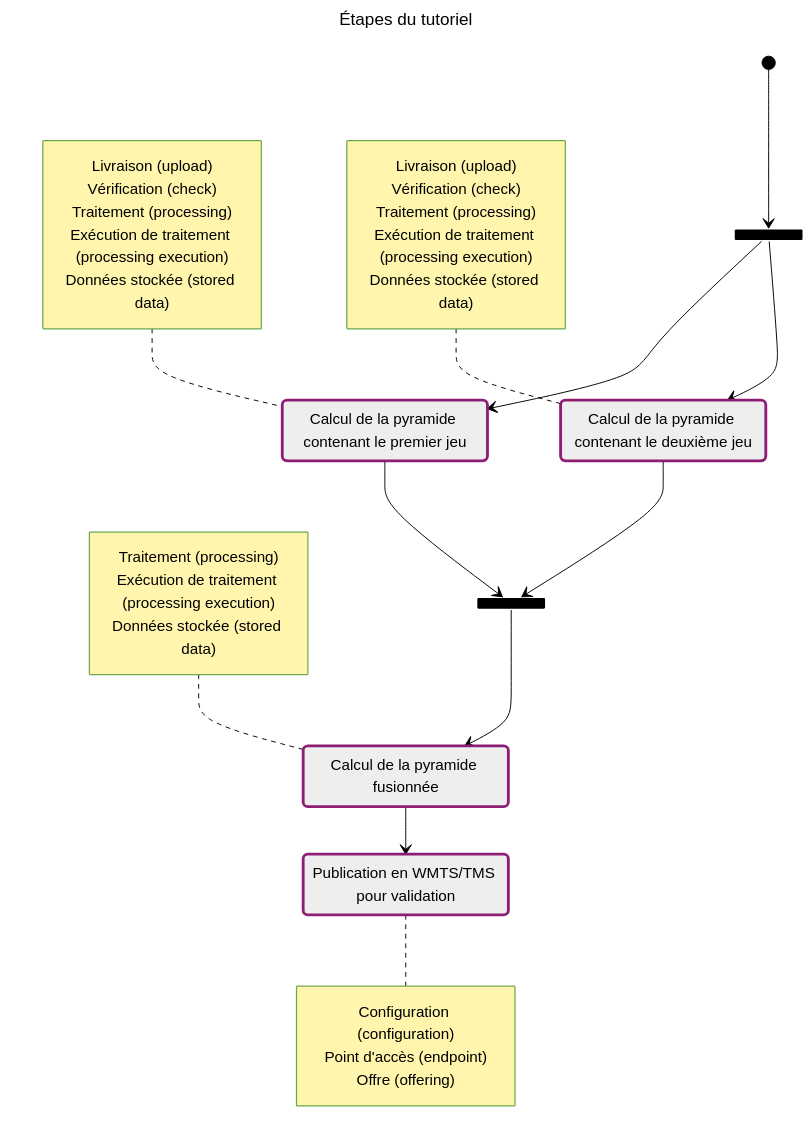
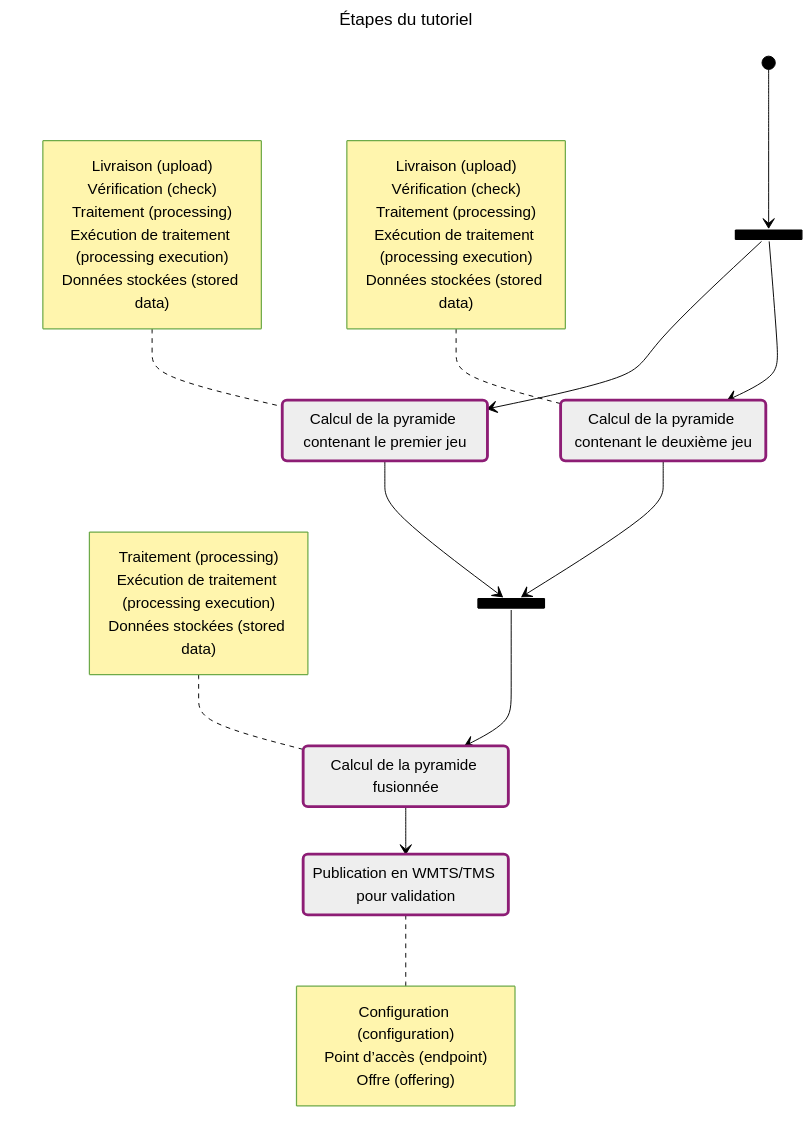
One commit to IGNF/cartes.gouv.fr-documentation changed the diagram in content/fr/guides-developpeur/tutoriels/gestion-des-donnees-raster/alimentation-mise-a-jour-raster/composition.md. Above: the diagram before and after it, drawn with Mermaid (forest theme). The commit also changed other lines of this file and 205 other files, not shown here.

````diff
--- a/content/fr/guides-developpeur/tutoriels/gestion-des-donnees-raster/alimentation-mise-a-jour-raster/composition.md
+++ b/content/fr/guides-developpeur/tutoriels/gestion-des-donnees-raster/alimentation-mise-a-jour-raster/composition.md
@@ -16,53 +16,53 @@
 ```mermaid
 ---
 title: Étapes du tutoriel
 ---
 stateDiagram
 
     LIV1: Calcul de la pyramide contenant le premier jeu
     note left of LIV1
         Livraison (upload)
         Vérification (check)
         Traitement (processing)
         Exécution de traitement (processing execution)
-        Données stockée (stored data)
+        Données stockées (stored data)
     end note
 
     LIV2: Calcul de la pyramide contenant le deuxième jeu
     note left of LIV2
         Livraison (upload)
         Vérification (check)
         Traitement (processing)
         Exécution de traitement (processing execution)
-        Données stockée (stored data)
+        Données stockées (stored data)
     end note
 
     FUS: Calcul de la pyramide fusionnée
     note left of FUS
         Traitement (processing)
         Exécution de traitement (processing execution)
-        Données stockée (stored data)
+        Données stockées (stored data)
     end note
 
     PUB_TILED: Publication en WMTS/TMS pour validation
     note right of PUB_TILED
         Configuration (configuration)
-        Point d'accès (endpoint)
+        Point d’accès (endpoint)
         Offre (offering)
     end note
 
     state fork_state_deb <<fork>>
     state fork_state_fin <<fork>>
 
     [*] --> fork_state_deb
     fork_state_deb --> LIV1
     fork_state_deb --> LIV2
     LIV1 --> fork_state_fin
     LIV2 --> fork_state_fin
     fork_state_fin --> FUS
     FUS --> PUB_TILED
 
     classDef concepts fill:#eee,stroke:#8d1d75,stroke-width:3px,color:#000;
 
     class LIV1,LIV2,PUB_TILED,FUS concepts
 ```
````
